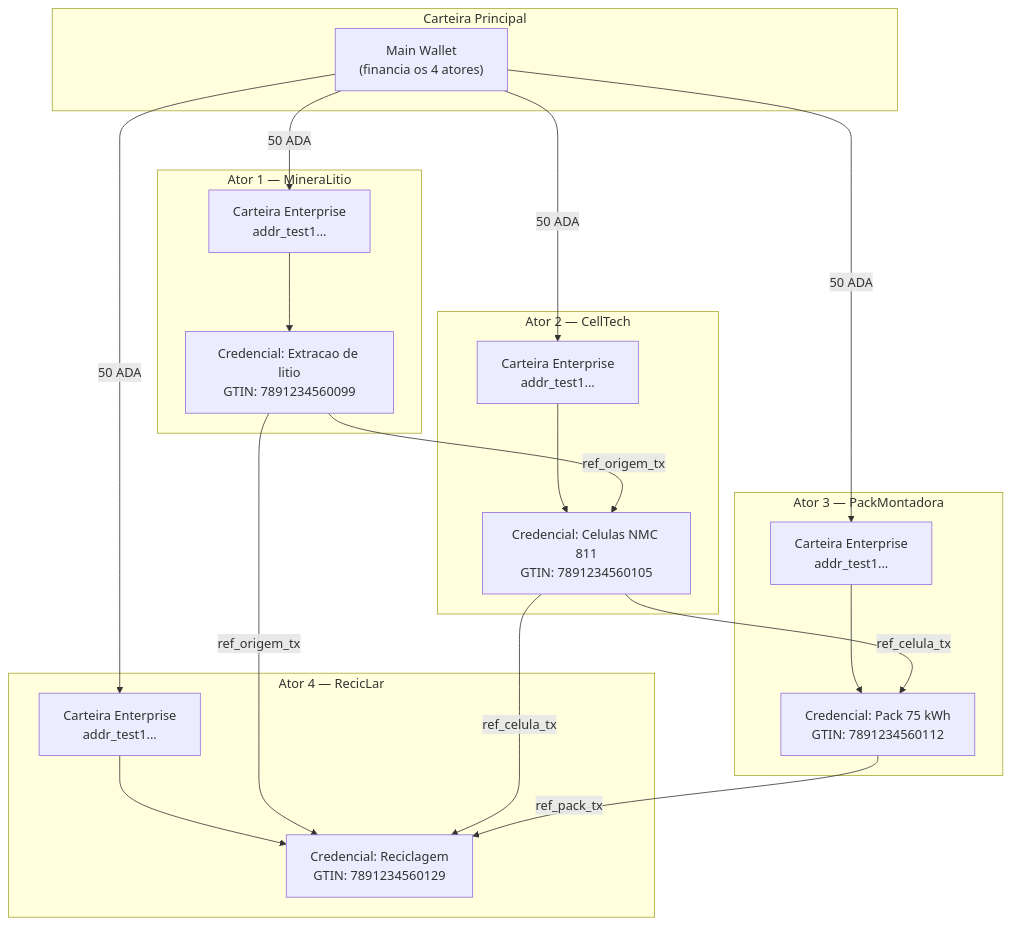
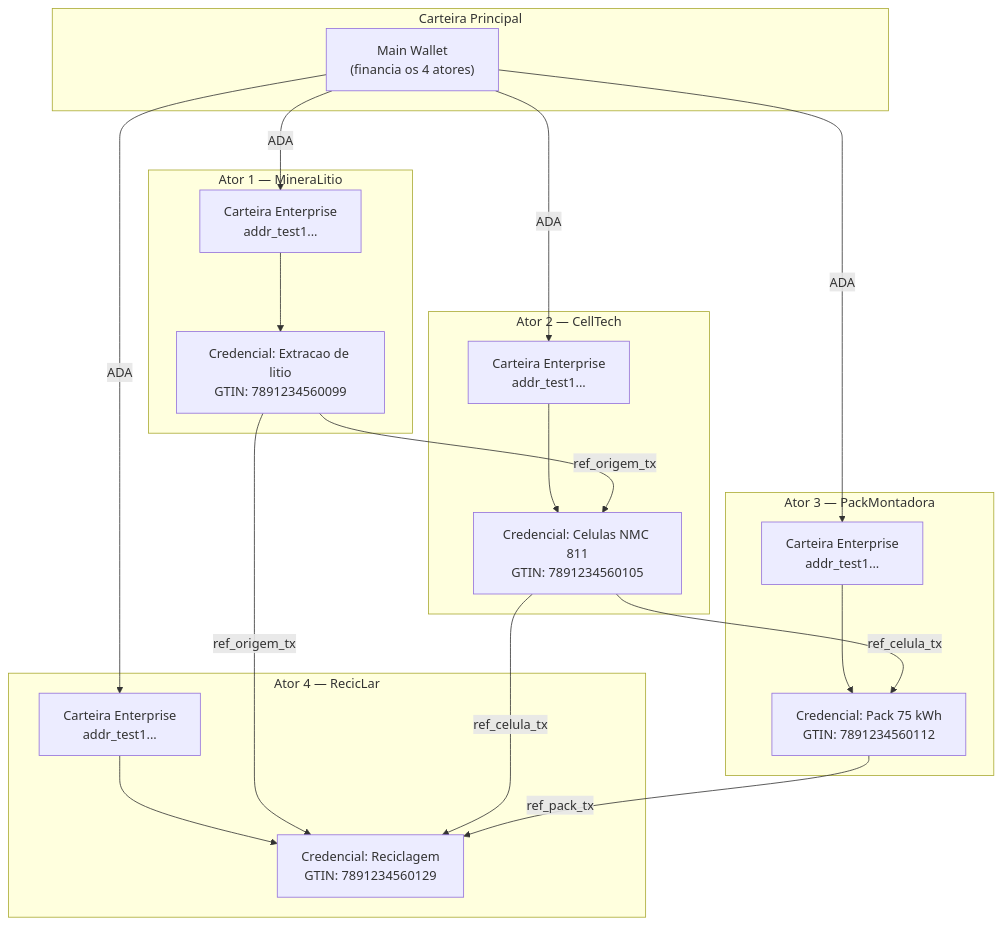
Before and after one commit to darlisagc/cardano-dpp-passaport: the first of 6 diagrams in arquitetura-dpp.md, drawn with Mermaid. The commit also changed other lines of this file and 2 other files, not shown here.

````diff
--- a/arquitetura-dpp.md
+++ b/arquitetura-dpp.md
@@ -25,42 +25,42 @@
 ```mermaid
 graph TB
     subgraph "Carteira Principal"
         MW["Main Wallet<br/>(financia os 4 atores)"]
     end
 
     subgraph "Ator 1 — MineraLitio"
         W1["Carteira Enterprise<br/>addr_test1..."]
         C1["Credencial: Extracao de litio<br/>GTIN: 7891234560099"]
     end
 
     subgraph "Ator 2 — CellTech"
         W2["Carteira Enterprise<br/>addr_test1..."]
         C2["Credencial: Celulas NMC 811<br/>GTIN: 7891234560105"]
     end
 
     subgraph "Ator 3 — PackMontadora"
         W3["Carteira Enterprise<br/>addr_test1..."]
         C3["Credencial: Pack 75 kWh<br/>GTIN: 7891234560112"]
     end
 
     subgraph "Ator 4 — RecicLar"
         W4["Carteira Enterprise<br/>addr_test1..."]
         C4["Credencial: Reciclagem<br/>GTIN: 7891234560129"]
     end
 
-    MW -->|"50 ADA"| W1
-    MW -->|"50 ADA"| W2
-    MW -->|"50 ADA"| W3
-    MW -->|"50 ADA"| W4
+    MW -->|"ADA"| W1
+    MW -->|"ADA"| W2
+    MW -->|"ADA"| W3
+    MW -->|"ADA"| W4
 
     W1 --> C1
     W2 --> C2
     W3 --> C3
     W4 --> C4
 
     C1 -->|"ref_origem_tx"| C2
     C2 -->|"ref_celula_tx"| C3
     C1 -->|"ref_origem_tx"| C4
     C2 -->|"ref_celula_tx"| C4
     C3 -->|"ref_pack_tx"| C4
 ```
````
